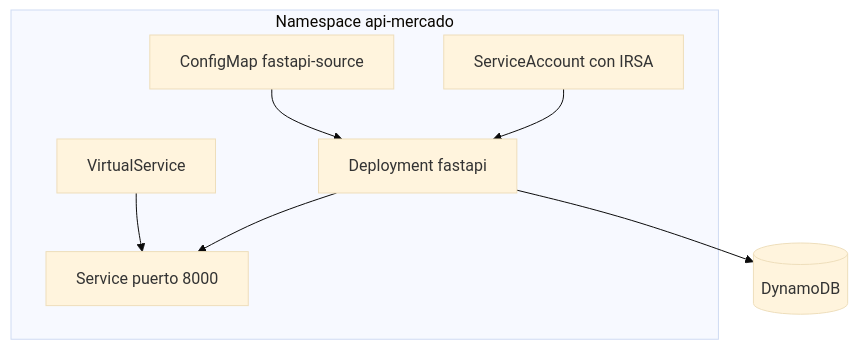
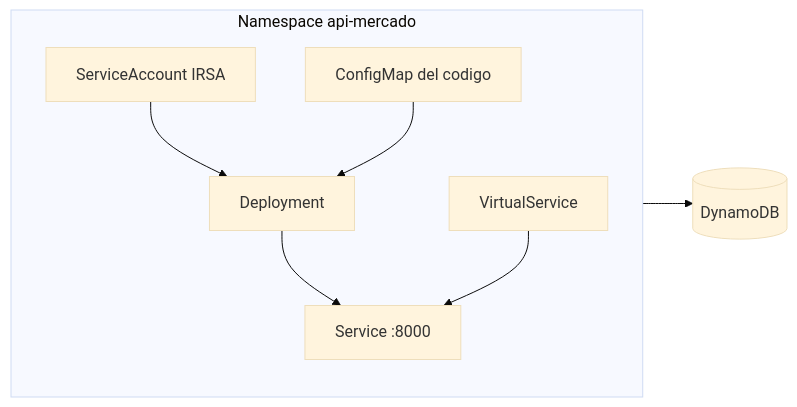
The diagram in docs/diagramas/microservicio-k8s.mmd (marlon-figueroa/iac_api_mercado), drawn with Mermaid before and after one commit. The commit also changed 11 other files, not shown here.

Commit message:
Update mermaid configuration, enhance PDF header for better image handling, and refine documentation. Adjusted font size in mermaid config, improved LaTeX settings to prevent image overflow, and clarified diagram generation process in the documentation.

```diff
--- a/docs/diagramas/microservicio-k8s.mmd
+++ b/docs/diagramas/microservicio-k8s.mmd
@@ -1,15 +1,10 @@
 %%{init: {'theme': 'base', 'flowchart': {'useMaxWidth': false}}}%%
-flowchart TB
+flowchart LR
   subgraph ns [Namespace api-mercado]
-    SA[ServiceAccount con IRSA]
-    CM[ConfigMap fastapi-source]
-    DEP[Deployment fastapi]
-    SVC[Service puerto 8000]
-    VS[VirtualService]
-    SA --> DEP
-    CM --> DEP
-    DEP --> SVC
-    VS --> SVC
+    direction TB
+    SA[ServiceAccount IRSA] --> DEP[Deployment]
+    CM[ConfigMap del codigo] --> DEP
+    DEP --> SVC[Service :8000]
+    VS[VirtualService] --> SVC
   end
-  DDB[(DynamoDB)]
-  DEP --> DDB
+  DEP --> DDB[(DynamoDB)]
```
